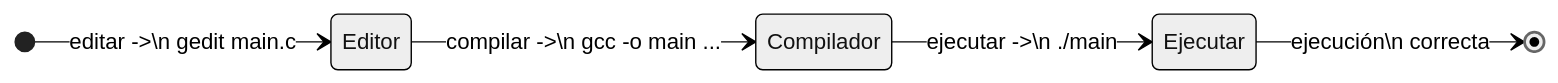
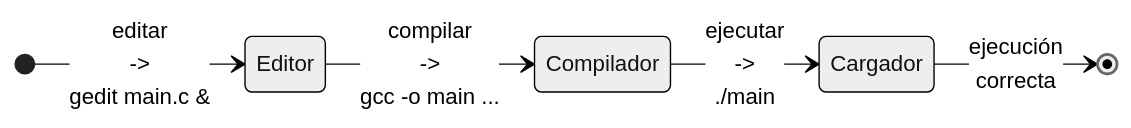
The first of 3 diagrams in materiales/tema-cymake/ssdd_c.md (acaldero/uc3m_sd), drawn with Mermaid (neutral theme) before and after one commit. The commit also changed other lines of this file, not shown here.

````diff
--- a/materiales/tema-cymake/ssdd_c.md
+++ b/materiales/tema-cymake/ssdd_c.md
@@ -22,12 +22,12 @@
   ```mermaid
     stateDiagram-v2
     direction LR
-    state "Editor"                  as s_edit
-    state "Compilador"              as s_cc
-    state "Ejecutar"                as s_exe
+    state "Editor"           as s_edit
+    state "Compilador"       as s_cc
+    state "Cargador"         as s_exe
 
-    [*]       --> s_edit:   editar   ->\n  gedit main.c
-    s_edit    --> s_cc:     compilar ->\n  gcc -o main ...
-    s_cc      --> s_exe:    ejecutar ->\n  ./main
-    s_exe     --> [*]:      ejecución\n correcta
+    [*]       --> s_edit:   editar   <br>-><br>  gedit main.c &
+    s_edit    --> s_cc:     compilar <br>-><br>  gcc -o main ...
+    s_cc      --> s_exe:    ejecutar <br>-><br>  ./main
+    s_exe     --> [*]:      ejecución<br> correcta
   ```
````
